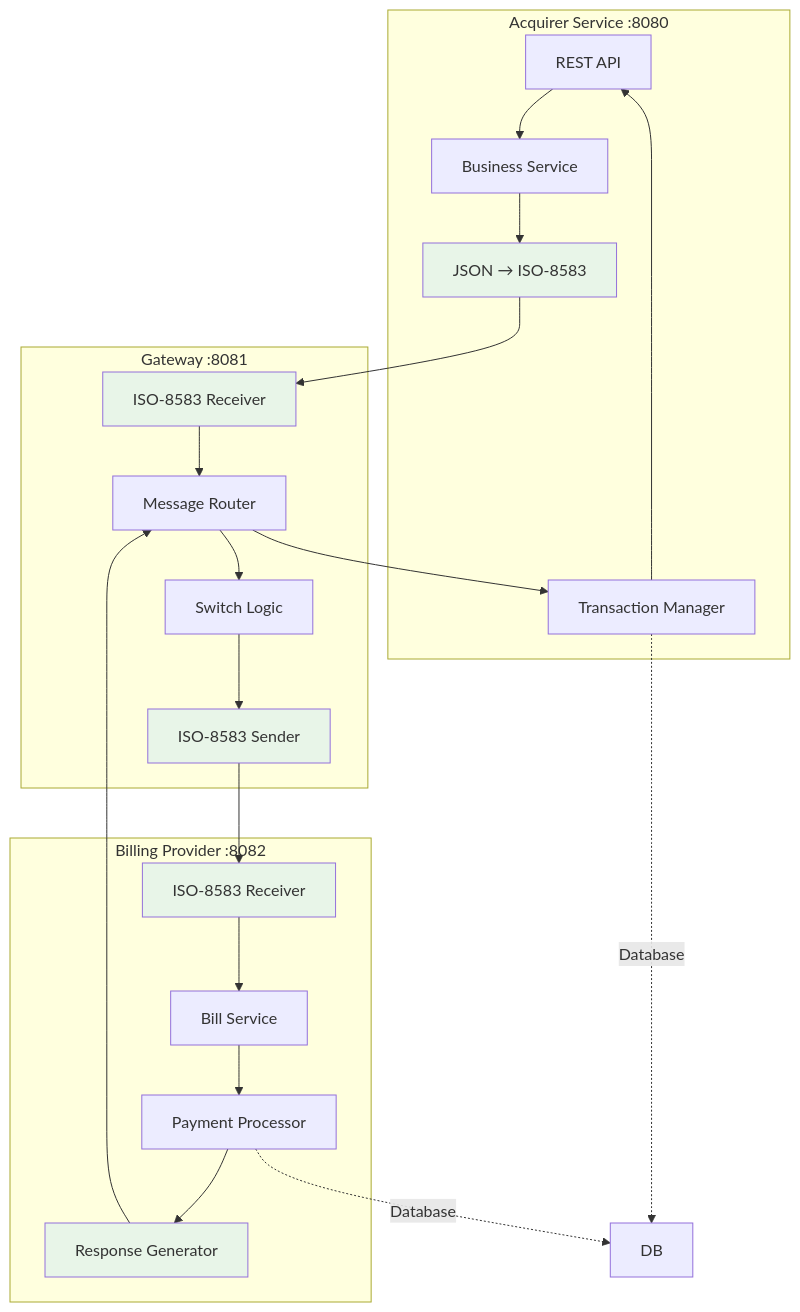
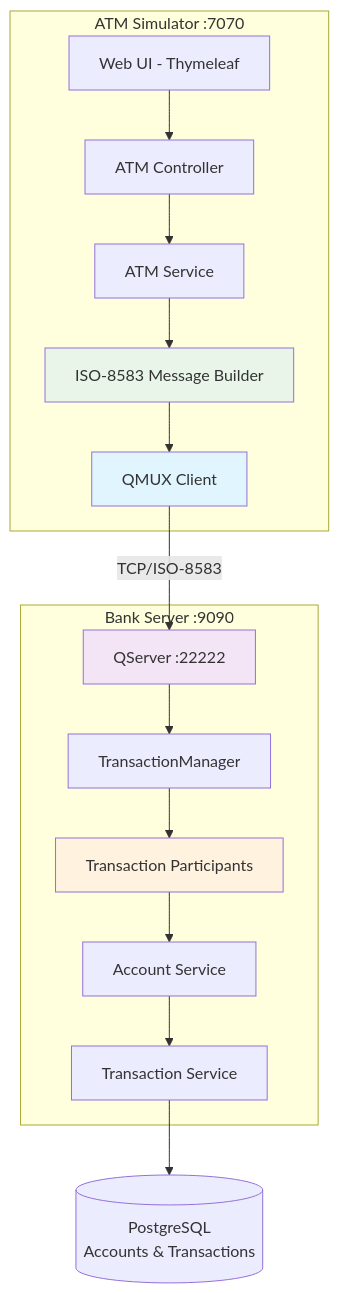
One commit to artivisi/training-spring-jpos-2025 changed the second of 6 diagrams in workshop/day-3/INSTRUCTIONS.md. Above: the diagram before and after it, drawn with Mermaid. The commit also changed other lines of this file and 30 other files, not shown here.

First line of the commit message:
rewrite workshop content from generic payment system to ATM banking system

````diff
--- a/workshop/day-3/INSTRUCTIONS.md
+++ b/workshop/day-3/INSTRUCTIONS.md
@@ -46,46 +51,36 @@
 ```mermaid
 graph TB
-    subgraph "Acquirer Service :8080"
-        A1[REST API]
-        A2[Business Service]
-        A3[JSON → ISO-8583]
-        A4[Transaction Manager]
+    subgraph "ATM Simulator :7070"
+        U1[Web UI - Thymeleaf]
+        A1[ATM Controller]
+        A2[ATM Service]
+        A3[ISO-8583 Message Builder]
+        A4[QMUX Client]
     end
 
-    subgraph "Gateway :8081"
-        G1[ISO-8583 Receiver]
-        G2[Message Router]
-        G3[Switch Logic]
-        G4[ISO-8583 Sender]
+    subgraph "Bank Server :9090"
+        S1[QServer :22222]
+        S2[TransactionManager]
+        S3[Transaction Participants]
+        S4[Account Service]
+        S5[Transaction Service]
     end
 
-    subgraph "Billing Provider :8082"
-        B1[ISO-8583 Receiver]
-        B2[Bill Service]
-        B3[Payment Processor]
-        B4[Response Generator]
-    end
+    DB[(PostgreSQL<br/>Accounts & Transactions)]
 
+    U1 --> A1
     A1 --> A2
     A2 --> A3
-    A3 --> G1
-    G1 --> G2
-    G2 --> G3
-    G3 --> G4
-    G4 --> B1
-    B1 --> B2
-    B2 --> B3
-    B3 --> B4
-    B4 --> G2
-    G2 --> A4
-    A4 --> A1
-
-    A4 -.->|Database| DB
-    B3 -.->|Database| DB
+    A3 --> A4
+    A4 -->|TCP/ISO-8583| S1
+    S1 --> S2
+    S2 --> S3
+    S3 --> S4
+    S4 --> S5
+    S5 --> DB
 
     style A3 fill:#e8f5e8
-    style G1 fill:#e8f5e8
-    style G4 fill:#e8f5e8
-    style B1 fill:#e8f5e8
-    style B4 fill:#e8f5e8
+    style A4 fill:#e1f5fe
+    style S1 fill:#f3e5f5
+    style S3 fill:#fff3e0
 ```
````
